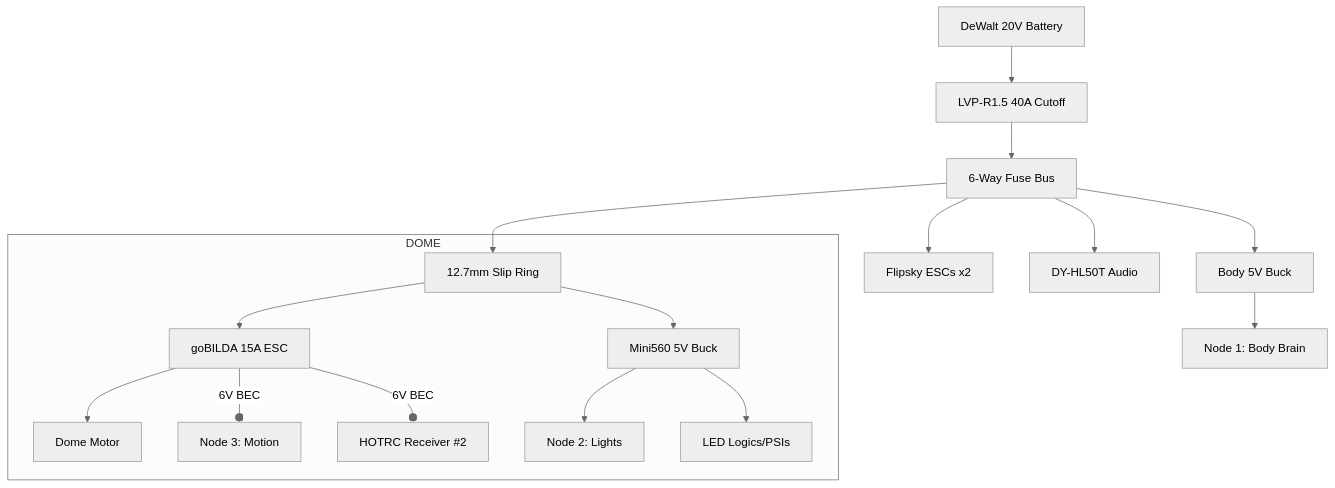
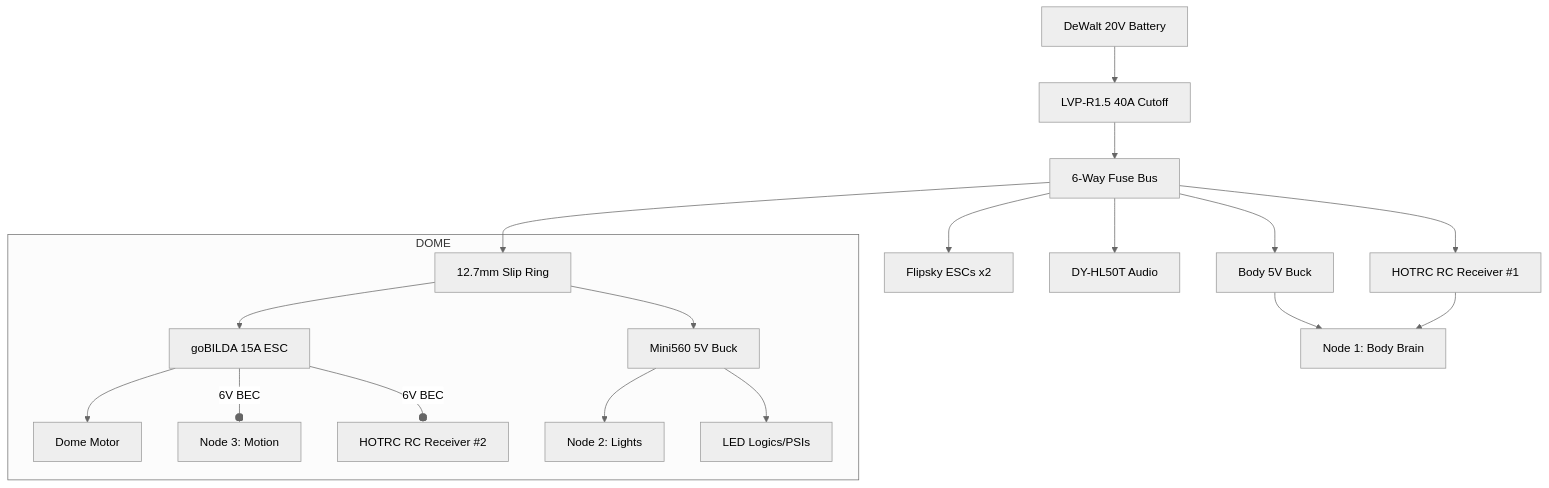
One commit to Ruzzler/Wee2-D2 changed the diagram in README.md. Above: the diagram before and after it, drawn with Mermaid (neutral theme). The commit also changed other lines of this file, not shown here.

Commit message:
Docs Refactor: Updated README.md and finalized 2x HOTRC documentation

````diff
--- a/README.md
+++ b/README.md
@@ -15,19 +21,20 @@
 ```mermaid
 graph TD
     A[DeWalt 20V Battery] --> B[LVP-R1.5 40A Cutoff]
     B --> C[6-Way Fuse Bus]
     
     C --> D[Flipsky ESCs x2]
     C --> E[DY-HL50T Audio]
     C --> F[Body 5V Buck] --> G[Node 1: Body Brain]
+    C --> RC1[HOTRC RC Receiver #1] --> G
     
     C --> H[12.7mm Slip Ring]
     
     subgraph DOME
     H --> I[goBILDA 15A ESC] --> J[Dome Motor]
     I -- 6V BEC --o K[Node 3: Motion]
-    I -- 6V BEC --o L[HOTRC Receiver #2]
+    I -- 6V BEC --o L[HOTRC RC Receiver #2]
     H --> M[Mini560 5V Buck] --> N[Node 2: Lights]
     M --> O[LED Logics/PSIs]
     end
 ```
````
